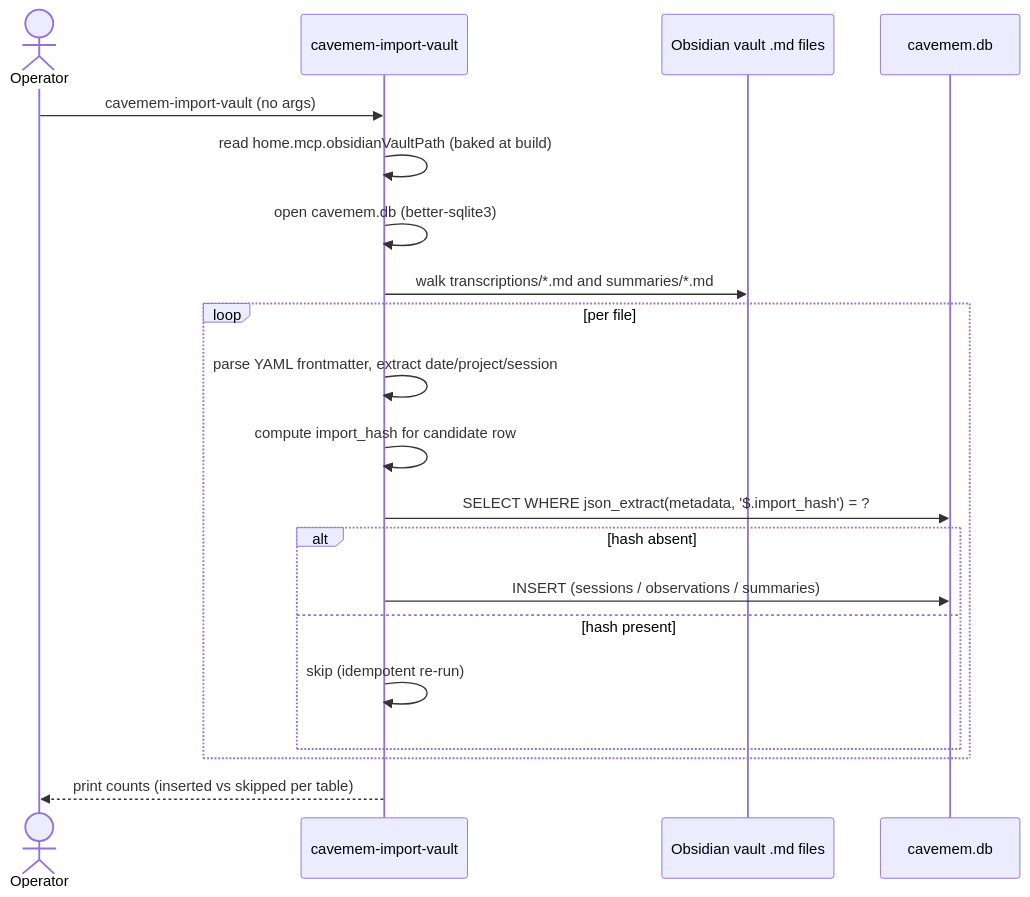
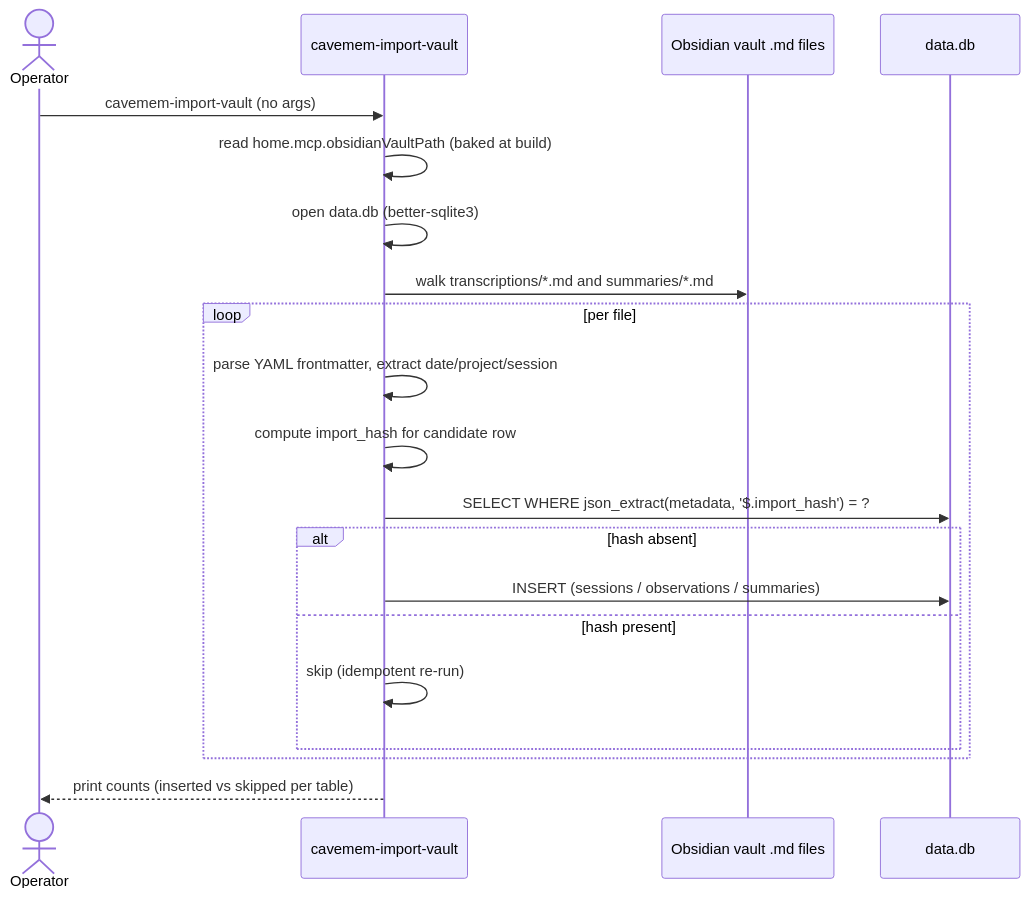
One commit to DWSR/nix-config changed the third of 4 diagrams in .kiro/specs/cavemem-integration/design.md. Above: the diagram before and after it, drawn with Mermaid. The commit also changed other lines of this file and 1 other file, not shown here.

First line of the commit message:
docs(cavemem-integration): document 4th patch + correct data.db filename

````diff
--- a/.kiro/specs/cavemem-integration/design.md
+++ b/.kiro/specs/cavemem-integration/design.md
@@ -347,23 +354,23 @@
 ```mermaid
 sequenceDiagram
     actor Op as Operator
     participant Imp as cavemem-import-vault
     participant Vault as Obsidian vault .md files
-    participant DB as cavemem.db
+    participant DB as data.db
 
     Op->>Imp: cavemem-import-vault (no args)
     Imp->>Imp: read home.mcp.obsidianVaultPath (baked at build)
-    Imp->>Imp: open cavemem.db (better-sqlite3)
+    Imp->>Imp: open data.db (better-sqlite3)
     Imp->>Vault: walk transcriptions/*.md and summaries/*.md
     loop per file
         Imp->>Imp: parse YAML frontmatter, extract date/project/session
         Imp->>Imp: compute import_hash for candidate row
         Imp->>DB: SELECT WHERE json_extract(metadata, '$.import_hash') = ?
         alt hash absent
             Imp->>DB: INSERT (sessions / observations / summaries)
         else hash present
             Imp->>Imp: skip (idempotent re-run)
         end
     end
     Imp-->>Op: print counts (inserted vs skipped per table)
 ```
````
